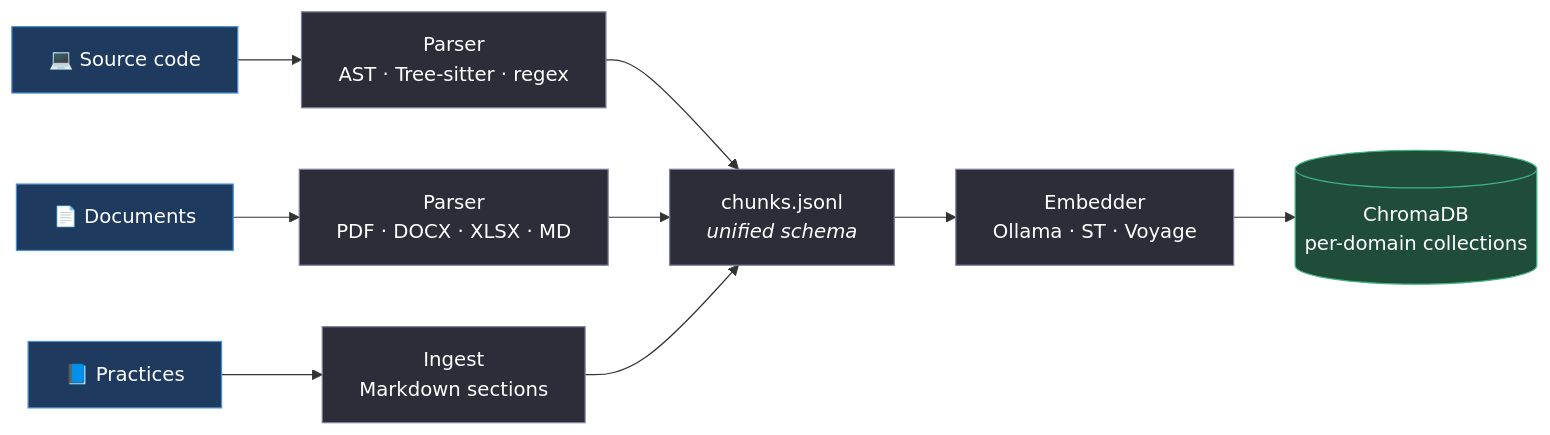
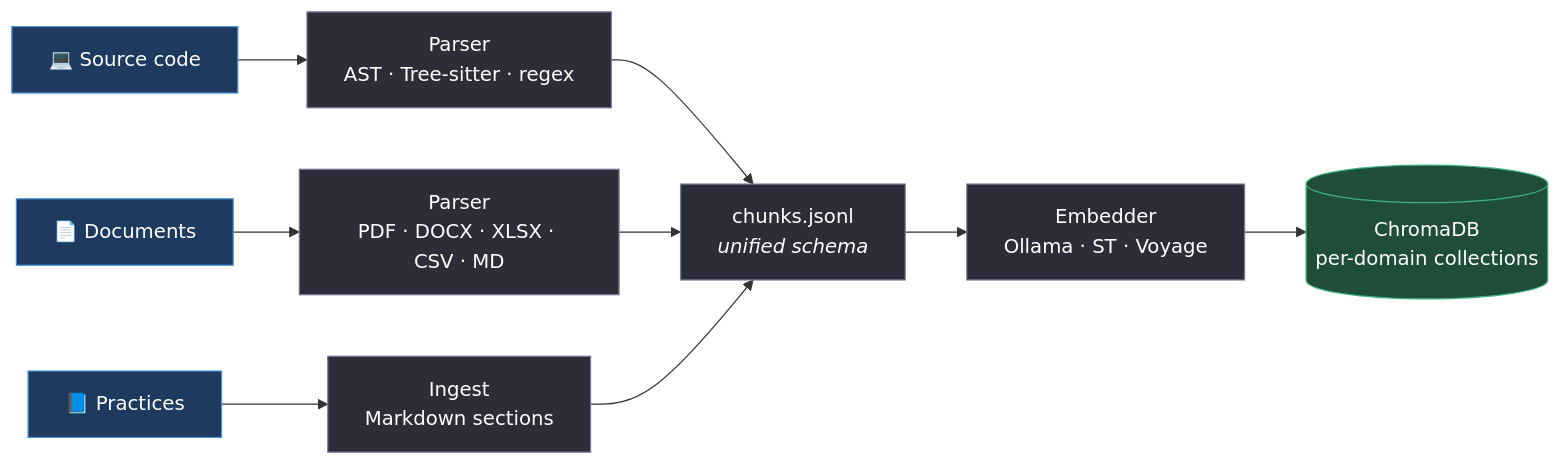
One commit to ViciusLio/IntelligenceSuite changed the first of 3 diagrams in README.md. Above: the diagram before and after it, drawn with Mermaid. The commit also changed other lines of this file and 1 other file, not shown here.

````diff
--- a/README.md
+++ b/README.md
@@ -38,18 +38,18 @@
 ```mermaid
 flowchart LR
     SRC["💻 Source code"]   --> P1["Parser<br/>AST · Tree-sitter · regex"]
-    DOC["📄 Documents"]     --> P2["Parser<br/>PDF · DOCX · XLSX · MD"]
+    DOC["📄 Documents"]     --> P2["Parser<br/>PDF · DOCX · XLSX · CSV · MD"]
     PRA["📘 Practices"]     --> P3["Ingest<br/>Markdown sections"]
     P1 --> CH["chunks.jsonl<br/><i>unified schema</i>"]
     P2 --> CH
     P3 --> CH
     CH --> EMB["Embedder<br/>Ollama · ST · Voyage"]
     EMB --> DB[("ChromaDB<br/>per-domain collections")]
 
     classDef src fill:#1e3a5f,stroke:#4a90d9,color:#fff;
     classDef proc fill:#2d2d3a,stroke:#7c7c9c,color:#fff;
     classDef store fill:#1f4d3a,stroke:#3fb27f,color:#fff;
     class SRC,DOC,PRA src;
     class P1,P2,P3,CH,EMB proc;
     class DB store;
 ```
````
